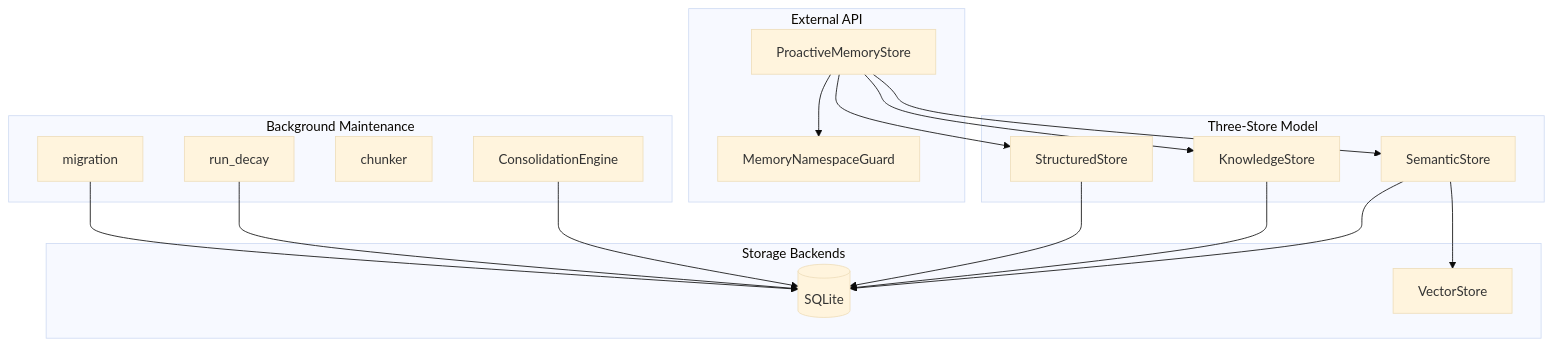
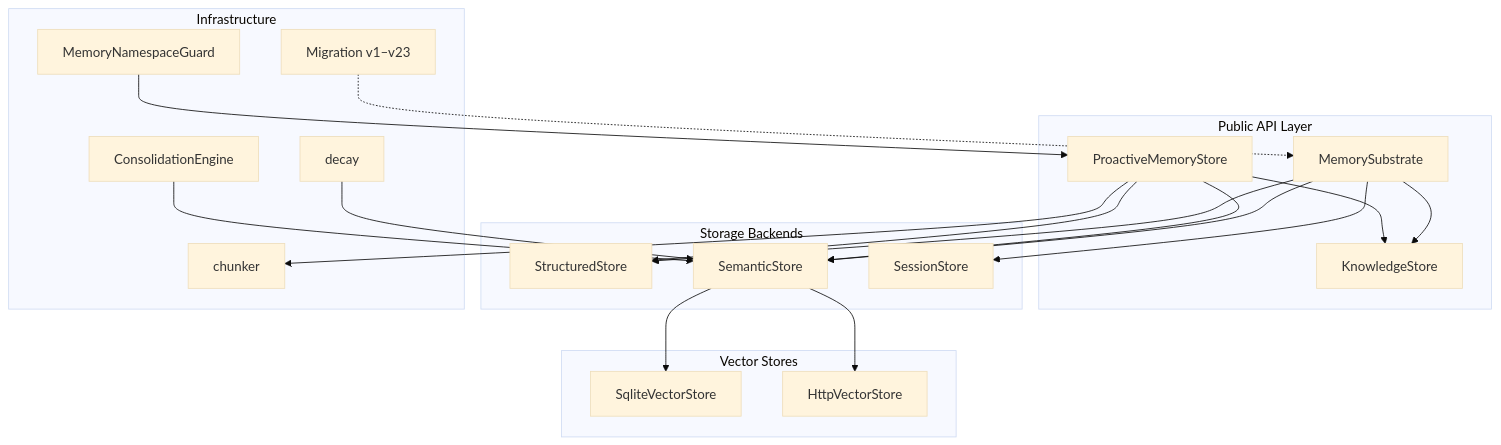
One commit to leszek3737/librefang-WIki changed the first of 2 diagrams in memory-system.md. Above: the diagram before and after it, drawn with Mermaid (base theme). The commit also changed other lines of this file and 94 other files, not shown here.

````diff
--- a/memory-system.md
+++ b/memory-system.md
@@ -9,37 +11,42 @@
 ```mermaid
 graph TD
-    subgraph "External API"
+    subgraph "Public API Layer"
         PM[ProactiveMemoryStore]
-        NSG[MemoryNamespaceGuard]
-    end
-
-    subgraph "Three-Store Model"
-        SS[SemanticStore]
-        KS[KnowledgeStore]
-        ST[StructuredStore]
+        MS[MemorySubstrate]
+        KLG[KnowledgeStore]
     end
 
     subgraph "Storage Backends"
-        SQLITE[(SQLite)]
-        VEC[VectorStore]
+        STR[StructuredStore]
+        SEM[SemanticStore]
+        SS[SessionStore]
     end
 
-    subgraph "Background Maintenance"
-        CONS[ConsolidationEngine]
-        DECAY[run_decay]
-        CHUNK[chunker]
-        MIG[migration]
+    subgraph "Infrastructure"
+        MIG[Migration v1–v23]
+        ACL[MemoryNamespaceGuard]
+        CHK[chunker]
+        CON[ConsolidationEngine]
+        DCY[decay]
     end
 
-    PM --> SS
-    PM --> KS
-    PM --> ST
-    PM --> NSG
-    SS --> SQLITE
-    SS --> VEC
-    KS --> SQLITE
-    ST --> SQLITE
-    CONS --> SQLITE
-    DECAY --> SQLITE
-    MIG --> SQLITE
+    subgraph "Vector Stores"
+        SV[SqliteVectorStore]
+        HV[HttpVectorStore]
+    end
+
+    PM --> STR
+    PM --> SEM
+    PM --> KLG
+    PM --> CHK
+    MS --> STR
+    MS --> SEM
+    MS --> KLG
+    MS --> SS
+    SEM --> SV
+    SEM --> HV
+    ACL --> PM
+    CON --> SEM
+    DCY --> SEM
+    MIG -.-> MS
 ```
````
